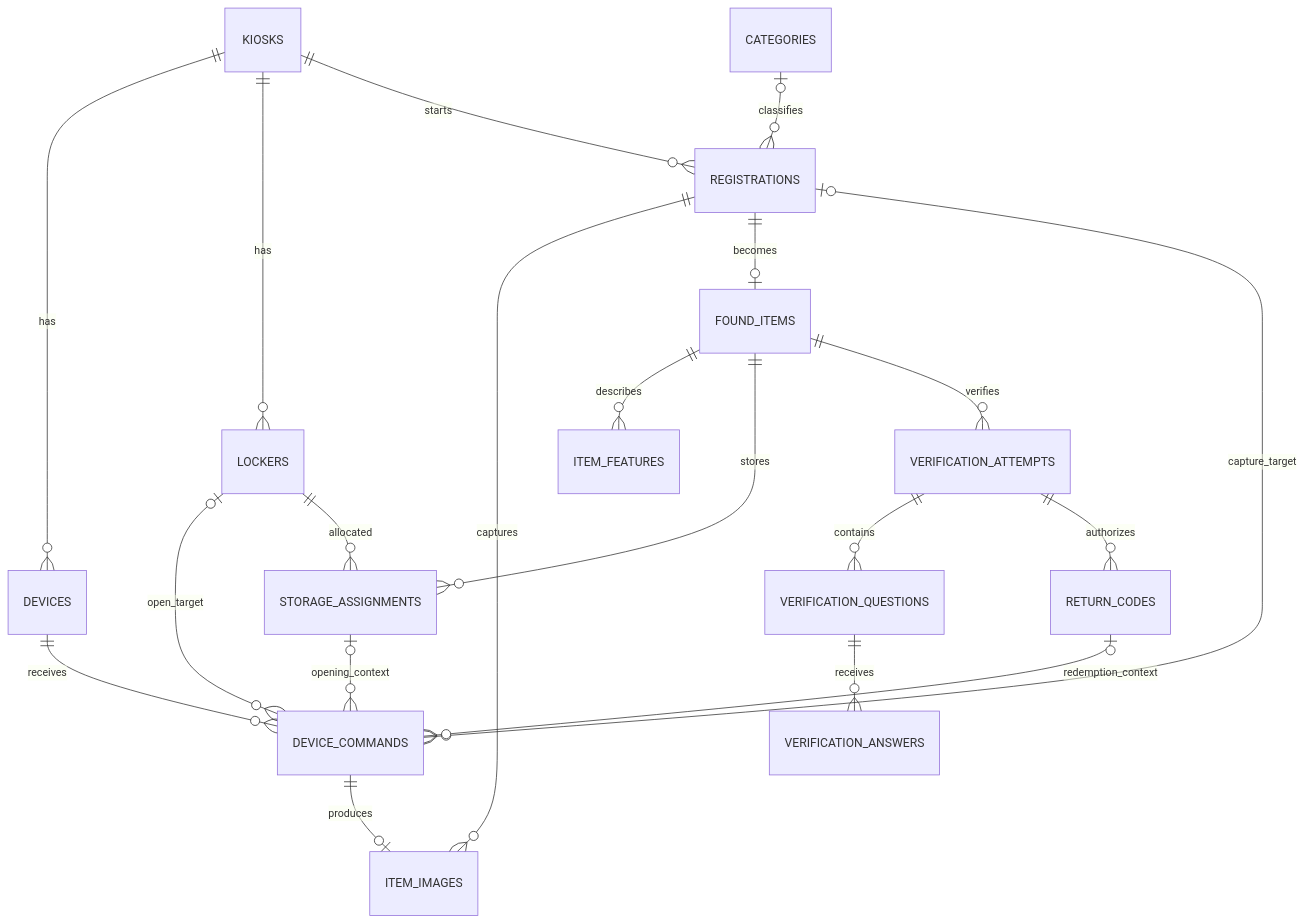
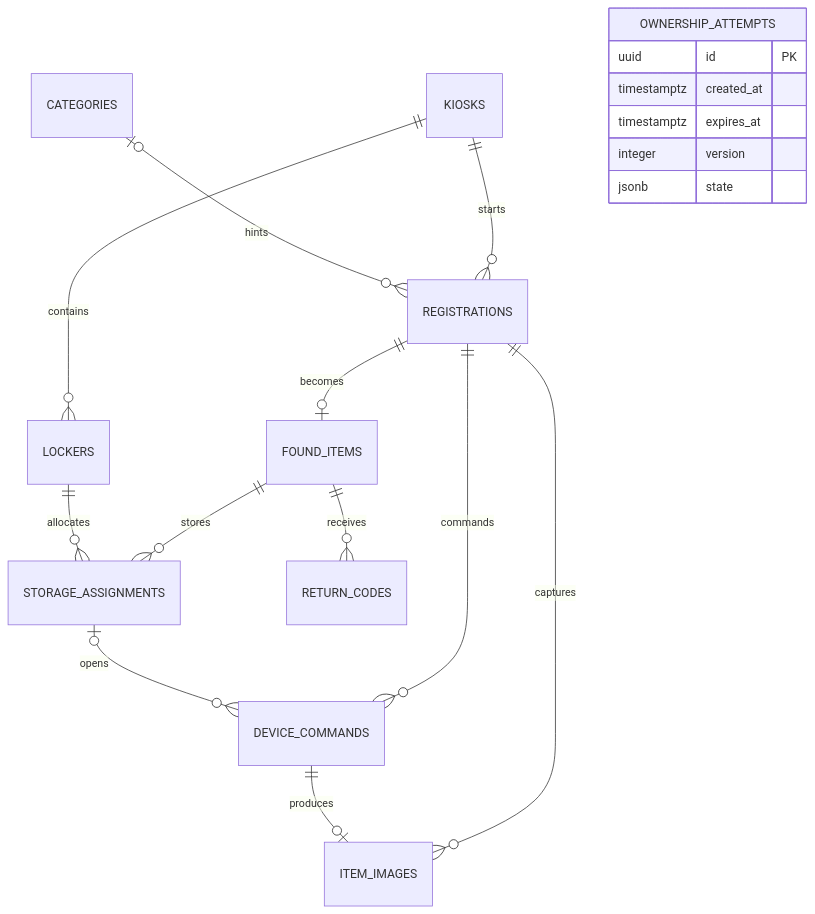
One commit to CloudAIoT/smart-lost-found changed the diagram in backend/docs/erd.md. Above: the diagram before and after it, drawn with Mermaid. The commit also changed other lines of this file and 48 other files, not shown here.

````diff
--- a/backend/docs/erd.md
+++ b/backend/docs/erd.md
@@ -34,22 +17,21 @@
 ```mermaid
 erDiagram
-    KIOSKS ||--o{ DEVICES : has
-    KIOSKS ||--o{ LOCKERS : has
+    KIOSKS ||--o{ LOCKERS : contains
     KIOSKS ||--o{ REGISTRATIONS : starts
-    CATEGORIES o|--o{ REGISTRATIONS : classifies
+    CATEGORIES o|--o{ REGISTRATIONS : hints
     REGISTRATIONS ||--o{ ITEM_IMAGES : captures
+    REGISTRATIONS ||--o{ DEVICE_COMMANDS : commands
+    DEVICE_COMMANDS ||--o| ITEM_IMAGES : produces
     REGISTRATIONS ||--o| FOUND_ITEMS : becomes
-    DEVICES ||--o{ DEVICE_COMMANDS : receives
-    REGISTRATIONS o|--o{ DEVICE_COMMANDS : capture_target
-    LOCKERS o|--o{ DEVICE_COMMANDS : open_target
-    DEVICE_COMMANDS ||--o| ITEM_IMAGES : produces
-    FOUND_ITEMS ||--o{ ITEM_FEATURES : describes
     FOUND_ITEMS ||--o{ STORAGE_ASSIGNMENTS : stores
-    LOCKERS ||--o{ STORAGE_ASSIGNMENTS : allocated
-    STORAGE_ASSIGNMENTS o|--o{ DEVICE_COMMANDS : opening_context
-    FOUND_ITEMS ||--o{ VERIFICATION_ATTEMPTS : verifies
-    VERIFICATION_ATTEMPTS ||--o{ VERIFICATION_QUESTIONS : contains
-    VERIFICATION_QUESTIONS ||--o{ VERIFICATION_ANSWERS : receives
-    VERIFICATION_ATTEMPTS ||--o{ RETURN_CODES : authorizes
-    RETURN_CODES o|--o{ DEVICE_COMMANDS : redemption_context
+    LOCKERS ||--o{ STORAGE_ASSIGNMENTS : allocates
+    STORAGE_ASSIGNMENTS o|--o{ DEVICE_COMMANDS : opens
+    FOUND_ITEMS ||--o{ RETURN_CODES : receives
+    OWNERSHIP_ATTEMPTS {
+        uuid id PK
+        timestamptz created_at
+        timestamptz expires_at
+        integer version
+        jsonb state
+    }
 ```
````
